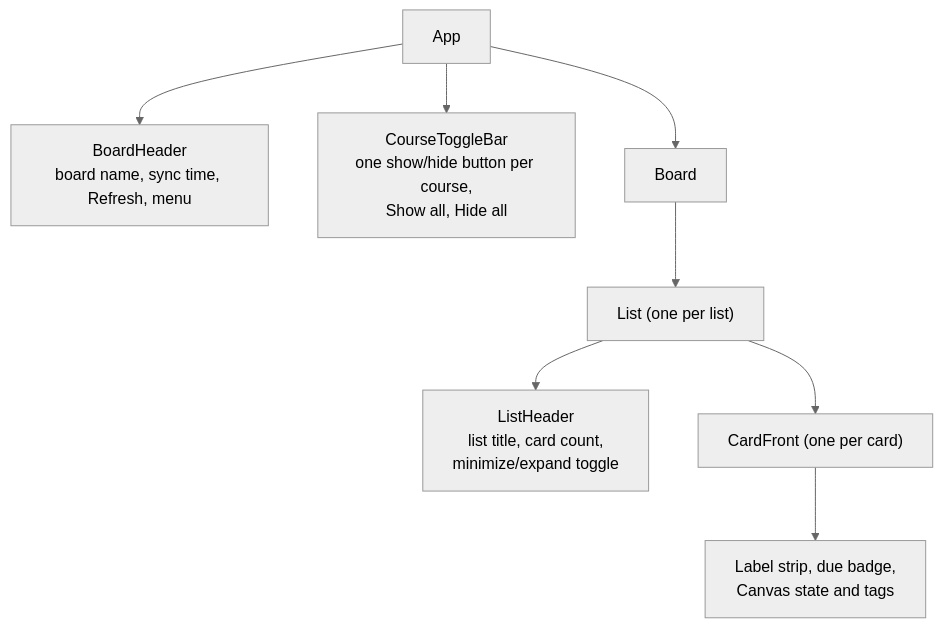
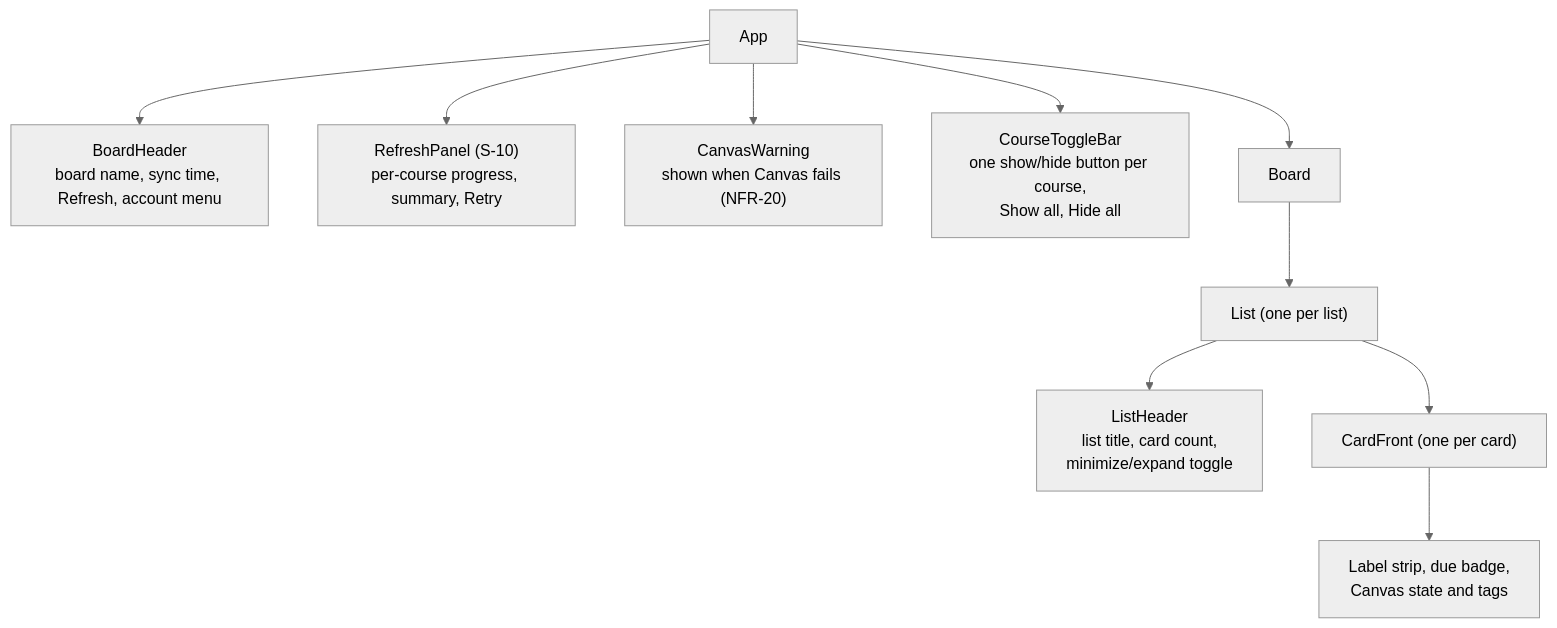
Before and after one commit to bbranton/TestProj: the sixth of 6 diagrams in docs/canvas-portal/03-design.md, drawn with Mermaid (neutral theme). The commit also changed other lines of this file, not shown here.

First line of the commit message:
Review the Canvas portal design doc

````diff
--- a/docs/canvas-portal/03-design.md
+++ b/docs/canvas-portal/03-design.md
@@ -558,10 +627,12 @@
 ```mermaid
 flowchart TD
-    App --> Header["BoardHeader<br/>board name, sync time, Refresh, menu"]
+    App --> Header["BoardHeader<br/>board name, sync time, Refresh, account menu"]
+    App --> Progress["RefreshPanel (S-10)<br/>per-course progress, summary, Retry"]
+    App --> Banner["CanvasWarning<br/>shown when Canvas fails (NFR-20)"]
     App --> Toggles["CourseToggleBar<br/>one show/hide button per course,<br/>Show all, Hide all"]
     App --> Board
     Board --> List["List (one per list)"]
     List --> ListHeader["ListHeader<br/>list title, card count,<br/>minimize/expand toggle"]
     List --> Card["CardFront (one per card)"]
     Card --> Badges["Label strip, due badge,<br/>Canvas state and tags"]
 ```
````
